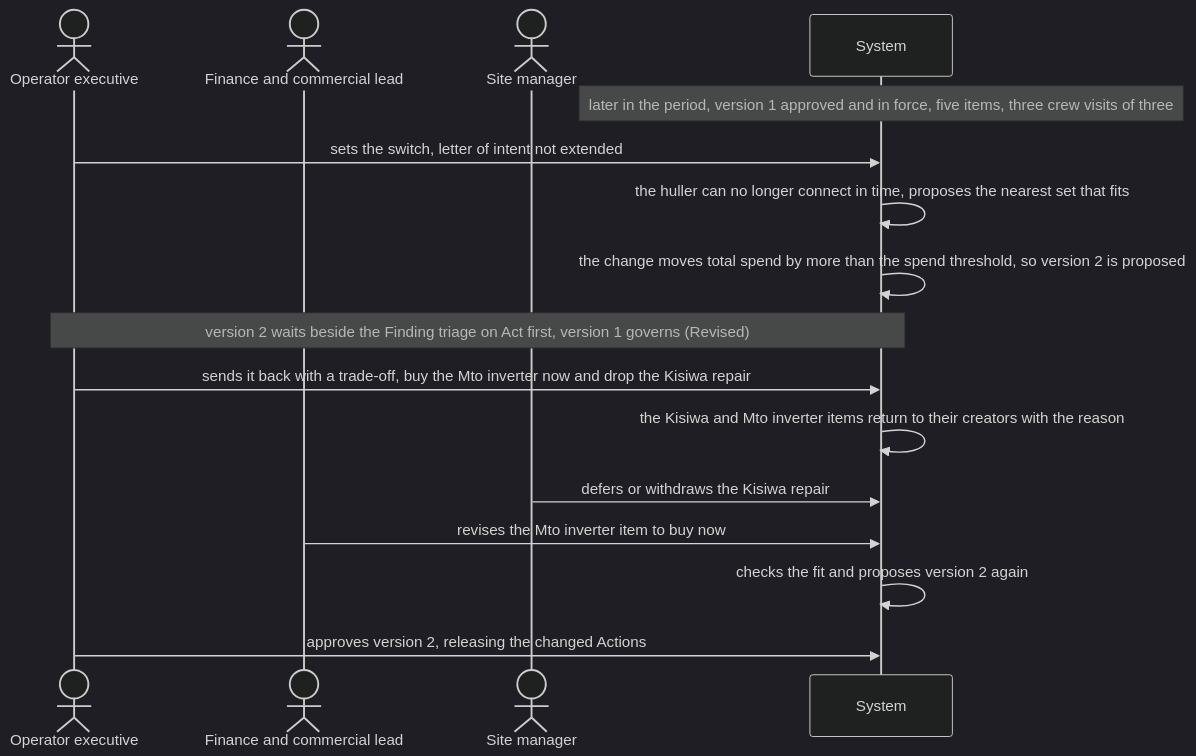
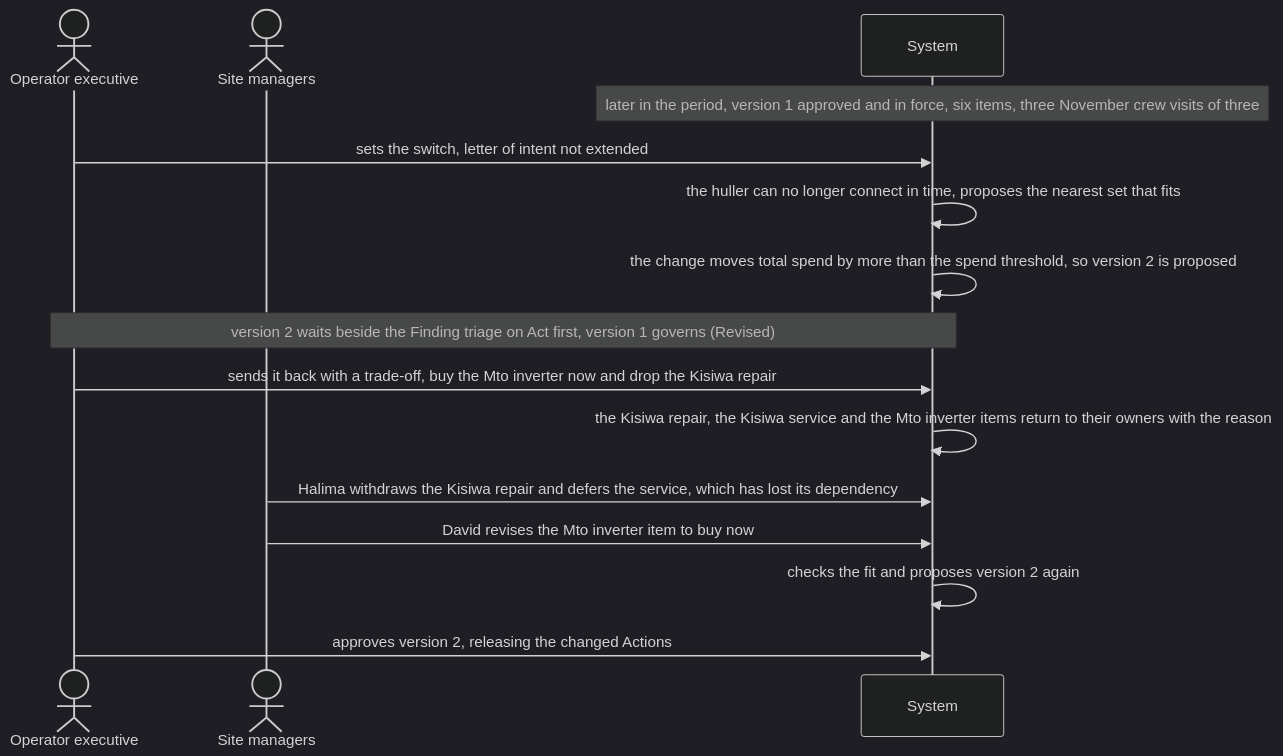
The third of 5 diagrams in Docs/demo-sprint/product-direction-layer4/plan-and-action-workflow.md (bineyame/AssetOpsV1), drawn with Mermaid (dark theme) before and after one commit. The commit also changed other lines of this file and 3 other files, not shown here.

````diff
--- a/Docs/demo-sprint/product-direction-layer4/plan-and-action-workflow.md
+++ b/Docs/demo-sprint/product-direction-layer4/plan-and-action-workflow.md
@@ -151,18 +152,17 @@
 ```mermaid
 sequenceDiagram
   actor E as Operator executive
-  actor F as Finance and commercial lead
-  actor M as Site manager
+  actor M as Site managers
   participant S as System
-  Note over S: later in the period, version 1 approved and in force, five items, three crew visits of three
+  Note over S: later in the period, version 1 approved and in force, six items, three November crew visits of three
   E->>S: sets the switch, letter of intent not extended
   S->>S: the huller can no longer connect in time, proposes the nearest set that fits
   S->>S: the change moves total spend by more than the spend threshold, so version 2 is proposed
   Note over E,S: version 2 waits beside the Finding triage on Act first, version 1 governs (Revised)
   E->>S: sends it back with a trade-off, buy the Mto inverter now and drop the Kisiwa repair
-  S->>S: the Kisiwa and Mto inverter items return to their creators with the reason
-  M->>S: defers or withdraws the Kisiwa repair
-  F->>S: revises the Mto inverter item to buy now
+  S->>S: the Kisiwa repair, the Kisiwa service and the Mto inverter items return to their owners with the reason
+  M->>S: Halima withdraws the Kisiwa repair and defers the service, which has lost its dependency
+  M->>S: David revises the Mto inverter item to buy now
   S->>S: checks the fit and proposes version 2 again
   E->>S: approves version 2, releasing the changed Actions
 ```
````
